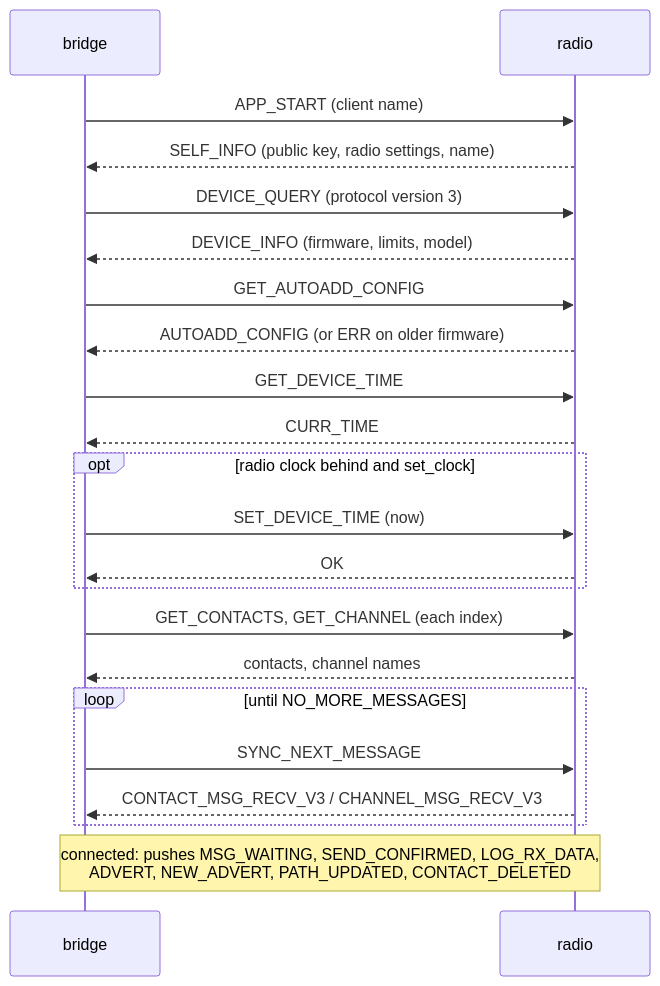
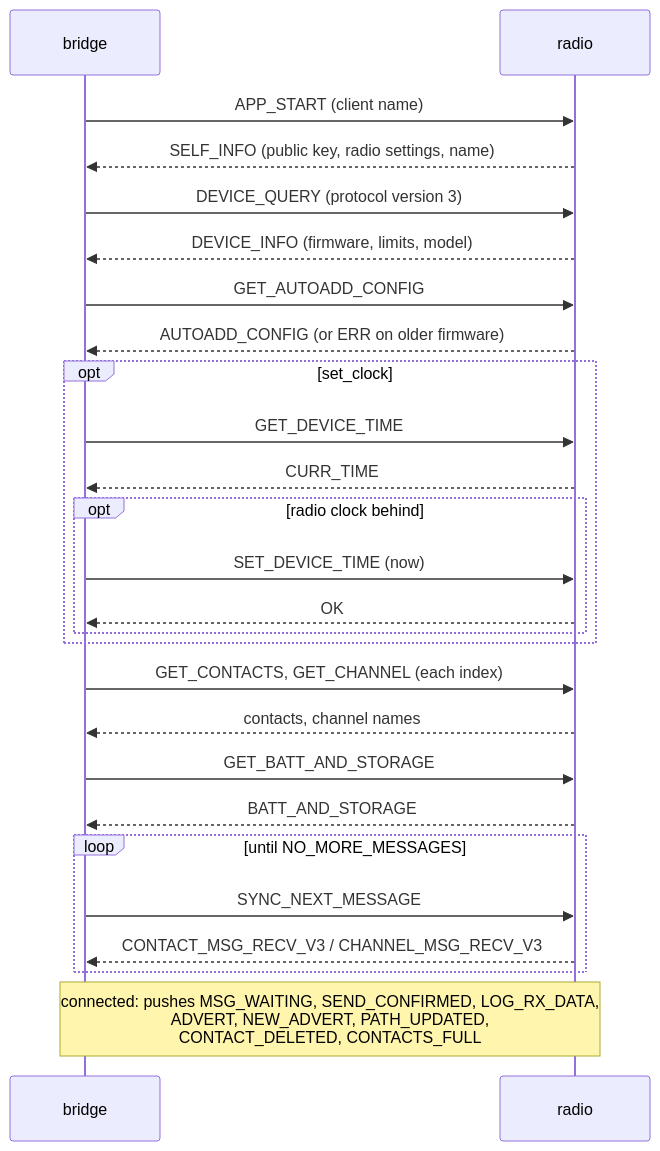
One commit to dkuenzel/meshcore-home-gateway changed the third of 4 diagrams in docs/design.md. Above: the diagram before and after it, drawn with Mermaid. The commit also changed other lines of this file and 9 other files, not shown here.

````diff
--- a/docs/design.md
+++ b/docs/design.md
@@ -209,24 +209,28 @@
 ```mermaid
 sequenceDiagram
     participant B as bridge
     participant R as radio
     B->>R: APP_START (client name)
     R-->>B: SELF_INFO (public key, radio settings, name)
     B->>R: DEVICE_QUERY (protocol version 3)
     R-->>B: DEVICE_INFO (firmware, limits, model)
     B->>R: GET_AUTOADD_CONFIG
     R-->>B: AUTOADD_CONFIG (or ERR on older firmware)
-    B->>R: GET_DEVICE_TIME
-    R-->>B: CURR_TIME
-    opt radio clock behind and set_clock
-        B->>R: SET_DEVICE_TIME (now)
-        R-->>B: OK
+    opt set_clock
+        B->>R: GET_DEVICE_TIME
+        R-->>B: CURR_TIME
+        opt radio clock behind
+            B->>R: SET_DEVICE_TIME (now)
+            R-->>B: OK
+        end
     end
     B->>R: GET_CONTACTS, GET_CHANNEL (each index)
     R-->>B: contacts, channel names
+    B->>R: GET_BATT_AND_STORAGE
+    R-->>B: BATT_AND_STORAGE
     loop until NO_MORE_MESSAGES
         B->>R: SYNC_NEXT_MESSAGE
         R-->>B: CONTACT_MSG_RECV_V3 / CHANNEL_MSG_RECV_V3
     end
-    Note over B,R: connected: pushes MSG_WAITING, SEND_CONFIRMED, LOG_RX_DATA,<br/>ADVERT, NEW_ADVERT, PATH_UPDATED, CONTACT_DELETED
+    Note over B,R: connected: pushes MSG_WAITING, SEND_CONFIRMED, LOG_RX_DATA,<br/>ADVERT, NEW_ADVERT, PATH_UPDATED,<br/>CONTACT_DELETED, CONTACTS_FULL
 ```
````
